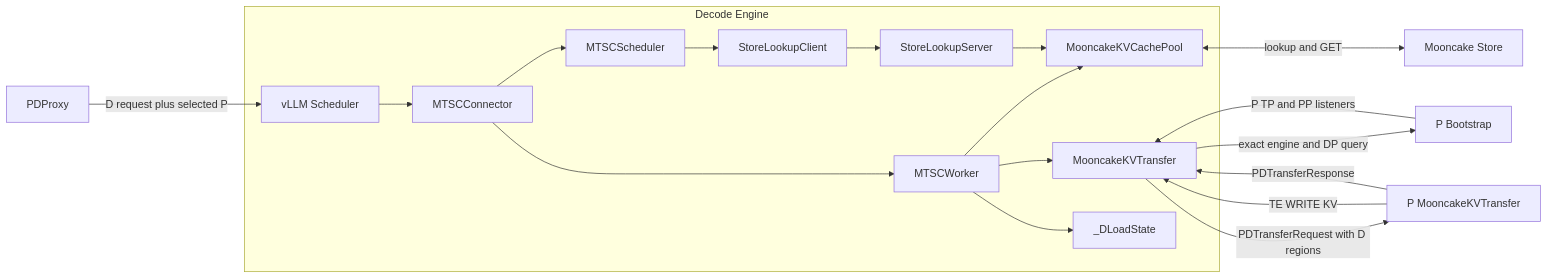
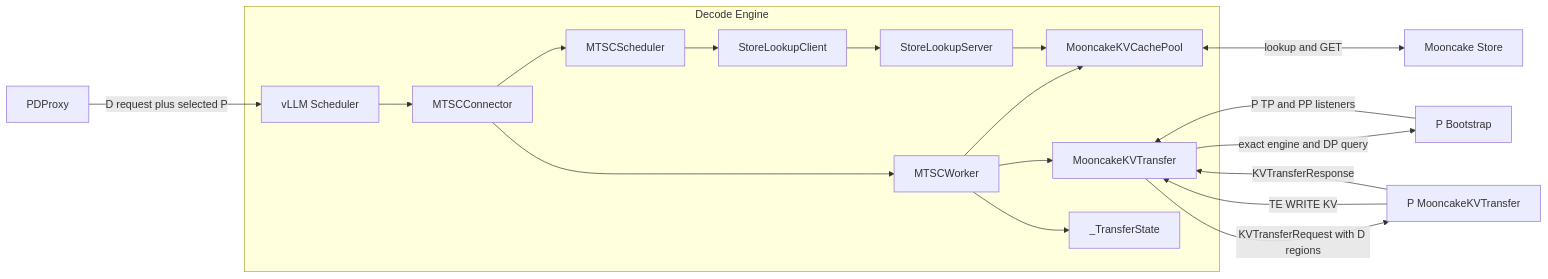
The first of 6 diagrams in docs/design/S03-decode设计.md (WangSu-X/MTSC), drawn with Mermaid before and after one commit. The commit also changed other lines of this file and 16 other files, not shown here.

````diff
--- a/docs/design/S03-decode设计.md
+++ b/docs/design/S03-decode设计.md
@@ -92,23 +92,23 @@
 ```mermaid
 flowchart LR
     X[PDProxy] -->|D request plus selected P| VS[vLLM Scheduler]
 
     subgraph D[Decode Engine]
         VS --> C[MTSCConnector]
         C --> S[MTSCScheduler]
         C --> W[MTSCWorker]
         S --> LC[StoreLookupClient]
         W --> SI[MooncakeKVCachePool]
         W --> PD[MooncakeKVTransfer]
         LC --> LS[StoreLookupServer]
         LS --> SI
-        W --> SM[_DLoadState]
+        W --> SM[_TransferState]
     end
 
     SI <-->|lookup and GET| MS[Mooncake Store]
     PD -->|exact engine and DP query| B[P Bootstrap]
     B -->|P TP and PP listeners| PD
-    PD -->|PDTransferRequest with D regions| P[P MooncakeKVTransfer]
+    PD -->|KVTransferRequest with D regions| P[P MooncakeKVTransfer]
     P -->|TE WRITE KV| PD
-    P -->|PDTransferResponse| PD
+    P -->|KVTransferResponse| PD
 ```
````
